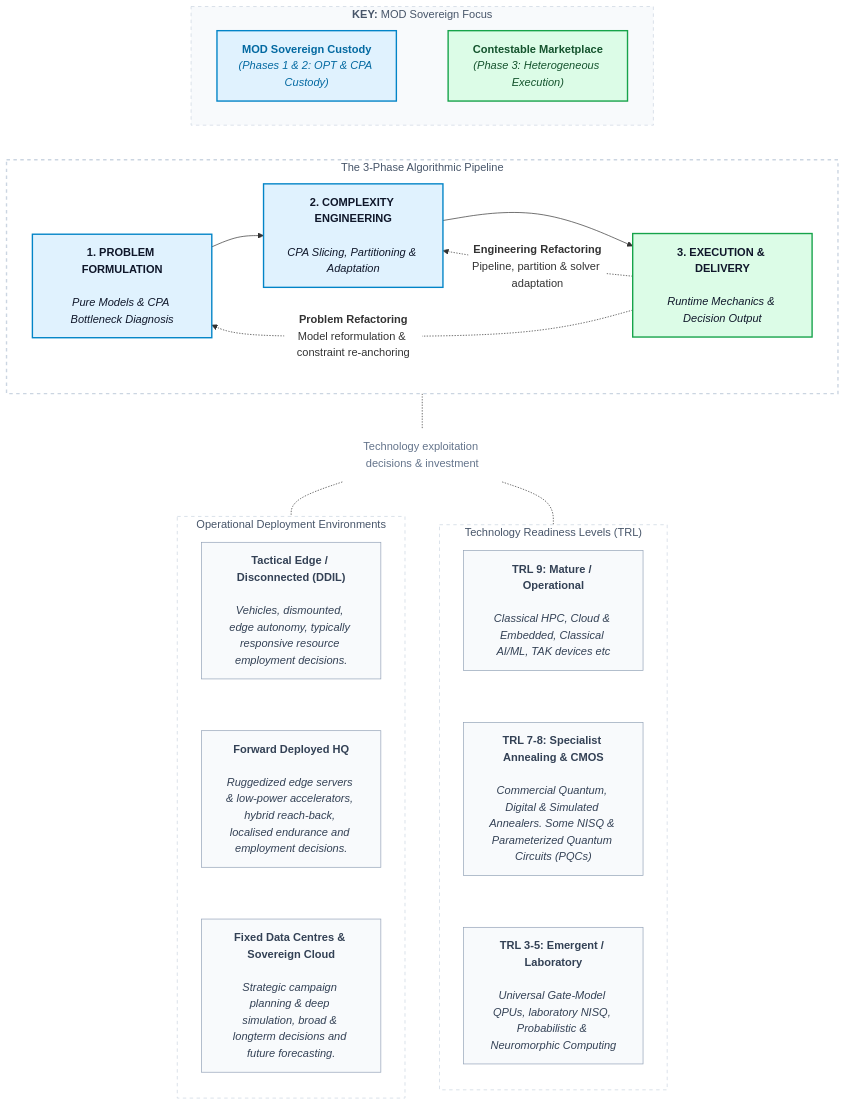
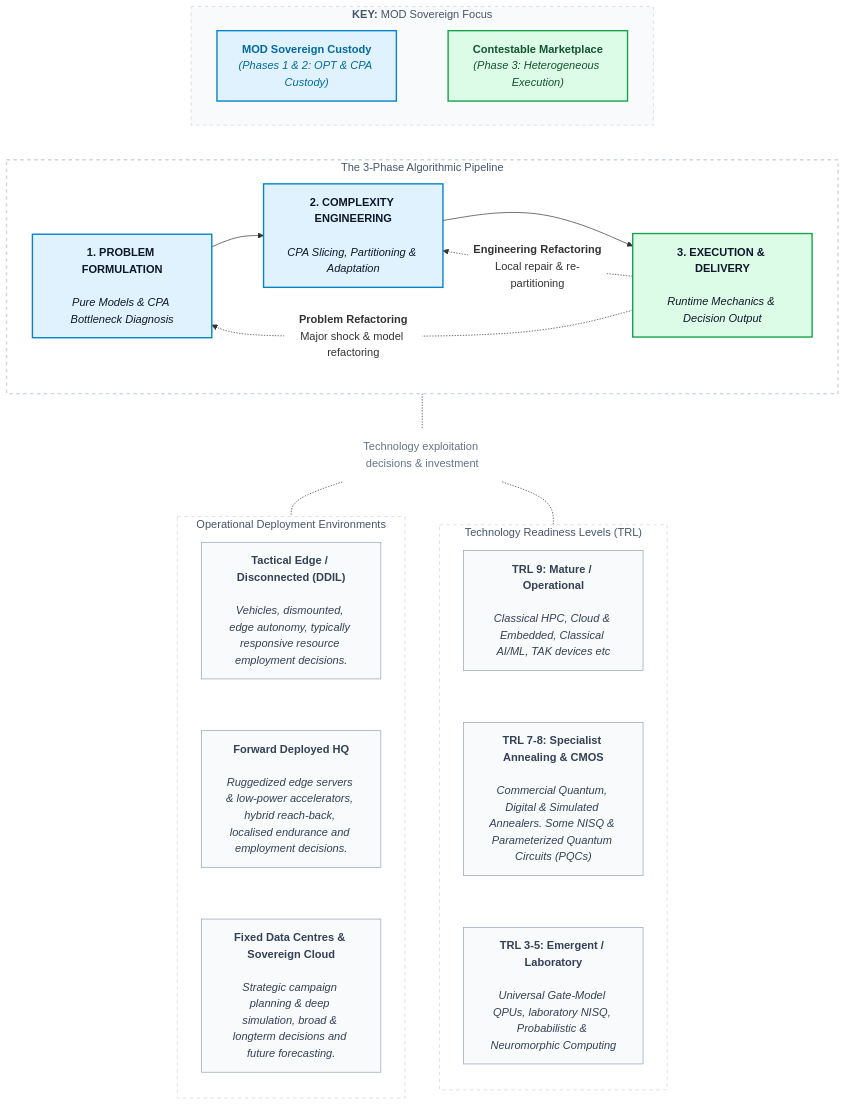
One commit to baddogdown/knowledge changed the third of 6 diagrams in quantum/The_Emergent_Algorithmic_Bridge.md. Above: the diagram before and after it, drawn with Mermaid. The commit also changed other lines of this file, not shown here.

````diff
--- a/quantum/The_Emergent_Algorithmic_Bridge.md
+++ b/quantum/The_Emergent_Algorithmic_Bridge.md
@@ -266,81 +264,81 @@
 ```mermaid
 %%{init: {'themeVariables': {'edgeLabelBackground': '#ffffff'}}}%%
 flowchart TB
 
     %% ==========================================
     %% TOP SECTION: KEY Above Pipeline for Full Width
     %% ==========================================
     subgraph KEY ["<b>KEY:</b> MOD Sovereign Focus"]
         direction LR
         K1["<b>MOD Sovereign Custody</b><br/><i>(Phases 1 & 2: OPT & CPA Custody)</i>"]
         K2["<b>Contestable Marketplace</b><br/><i>(Phase 3: Heterogeneous Execution)</i>"]
         K1 ~~~ K2
     end
 
     %% ==========================================
     %% PIPELINE SECTION: Full-Width 3-Phase Pipeline
     %% ==========================================
     subgraph PHASES ["The 3-Phase Algorithmic Pipeline"]
         direction LR
         P1["<b>1. PROBLEM FORMULATION</b><br/><br/><i>Pure Models & CPA Bottleneck Diagnosis</i>"] --> P2["<b>2. COMPLEXITY ENGINEERING</b><br/><br/><i>CPA Slicing, Partitioning & Adaptation</i>"] --> P3["<b>3. EXECUTION & DELIVERY</b><br/><br/><i>Runtime Mechanics & Decision Output</i>"]
 
-        P3 -.->|"<b>Engineering Refactoring</b><br/>Pipeline, partition & solver adaptation"| P2
-        P3 -.->|"<b>Problem Refactoring</b><br/>Model reformulation & constraint re-anchoring"| P1
+        P3 -.->|"<b>Engineering Refactoring</b><br/>Local repair & re-partitioning"| P2
+        P3 -.->|"<b>Problem Refactoring</b><br/>Major shock & model refactoring"| P1
     end
 
     KEY ~~~ PHASES
 
     %% ==========================================
     %% MIDDLE SECTION: Divider 
     %% ==========================================
     DIVIDER["Technology exploitation decisions & investment"]
     PHASES -.- DIVIDER
 
     %% ==========================================
     %% BOTTOM SECTION: Side-by-Side Columns
     %% ==========================================
     subgraph TRL_AXIS ["Technology Readiness Levels (TRL)"]
         direction TB
         T1["<b>TRL 9: Mature / Operational</b><br/><br/><i>Classical HPC, Cloud & Embedded, Classical AI/ML, TAK devices etc</i>"]
         T2["<b>TRL 7-8: Specialist Annealing & CMOS</b><br/><br/><i>Commercial Quantum, Digital & Simulated Annealers. Some NISQ & Parameterized Quantum Circuits (PQCs)</i>"]
         T3["<b>TRL 3-5: Emergent / Laboratory</b><br/><br/><i>Universal Gate-Model QPUs, laboratory NISQ, Probabilistic & Neuromorphic Computing</i>"]
         T1 ~~~ T2 ~~~ T3
     end
 
     subgraph DEP_AXIS ["Operational Deployment Environments"]
         direction TB
         D1["<b>Tactical Edge / Disconnected (DDIL)</b><br/><br/><i>Vehicles, dismounted, edge autonomy, typically responsive resource employment decisions.</i>"]
         D2["<b>Forward Deployed HQ</b><br/><br/><i>Ruggedized edge servers & low-power accelerators, hybrid reach-back, localised endurance and employment decisions.</i>"]
         D3["<b>Fixed Data Centres & Sovereign Cloud</b><br/><br/><i>Strategic campaign planning & deep simulation, broad & longterm decisions and future forecasting.</i>"]
         D1 ~~~ D2 ~~~ D3
     end
 
     %% Fork to the top nodes to enforce side-by-side columns
     DIVIDER -.- T1
     DIVIDER -.- D1
 
     %% ==========================================
     %% STYLING
     %% ==========================================
     style KEY fill:#f8fafc,stroke:#cbd5e1,stroke-width:1px,stroke-dasharray: 5 5,color:#475569
     style K1 fill:#e0f2fe,stroke:#0284c7,stroke-width:2px,color:#0369a1
     style K2 fill:#dcfce7,stroke:#16a34a,stroke-width:2px,color:#14532d
 
     style PHASES fill:#ffffff,stroke:#cbd5e1,stroke-width:2px,stroke-dasharray: 5 5,color:#475569
     style P1 fill:#e0f2fe,stroke:#0284c7,stroke-width:2px,color:#0f172a
     style P2 fill:#e0f2fe,stroke:#0284c7,stroke-width:2px,color:#0f172a
     style P3 fill:#dcfce7,stroke:#16a34a,stroke-width:2px,color:#0f172a
 
     style DIVIDER fill:none,stroke:none,color:#64748b
 
     style TRL_AXIS fill:#ffffff,stroke:#cbd5e1,stroke-width:1px,stroke-dasharray: 5 5,color:#475569
     style DEP_AXIS fill:#ffffff,stroke:#cbd5e1,stroke-width:1px,stroke-dasharray: 5 5,color:#475569
 
     style T1 fill:#f8fafc,stroke:#94a3b8,stroke-width:1px,color:#334155
     style T2 fill:#f8fafc,stroke:#94a3b8,stroke-width:1px,color:#334155
     style T3 fill:#f8fafc,stroke:#94a3b8,stroke-width:1px,color:#334155
 
     style D1 fill:#f8fafc,stroke:#94a3b8,stroke-width:1px,color:#334155
     style D2 fill:#f8fafc,stroke:#94a3b8,stroke-width:1px,color:#334155
     style D3 fill:#f8fafc,stroke:#94a3b8,stroke-width:1px,color:#334155
 ```
````
